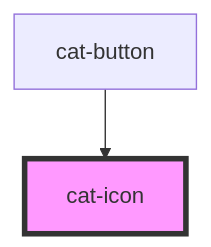
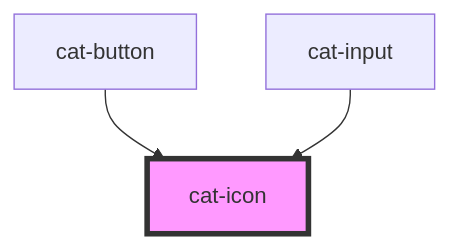
The diagram in core/src/components/cat-icon/readme.md (haiilo/catalyst), drawn with Mermaid before and after one commit. The commit also changed other lines of this file and 5 other files, not shown here.

````diff
--- a/core/src/components/cat-icon/readme.md
+++ b/core/src/components/cat-icon/readme.md
@@ -29,5 +30,6 @@
 ```mermaid
 graph TD;
   cat-button --> cat-icon
+  cat-input --> cat-icon
   style cat-icon fill:#f9f,stroke:#333,stroke-width:4px
 ```
````
